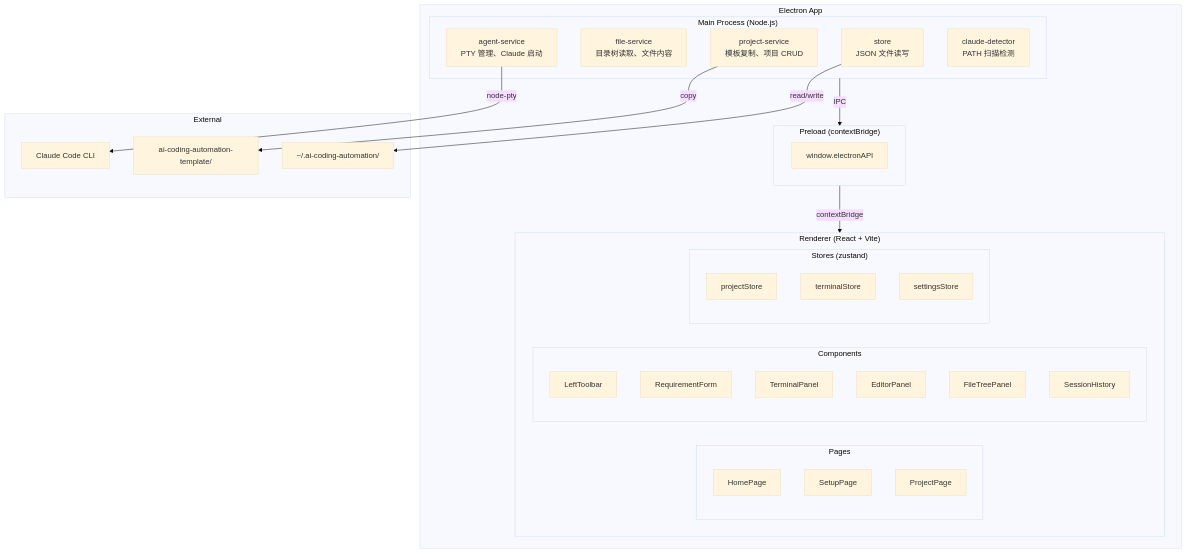
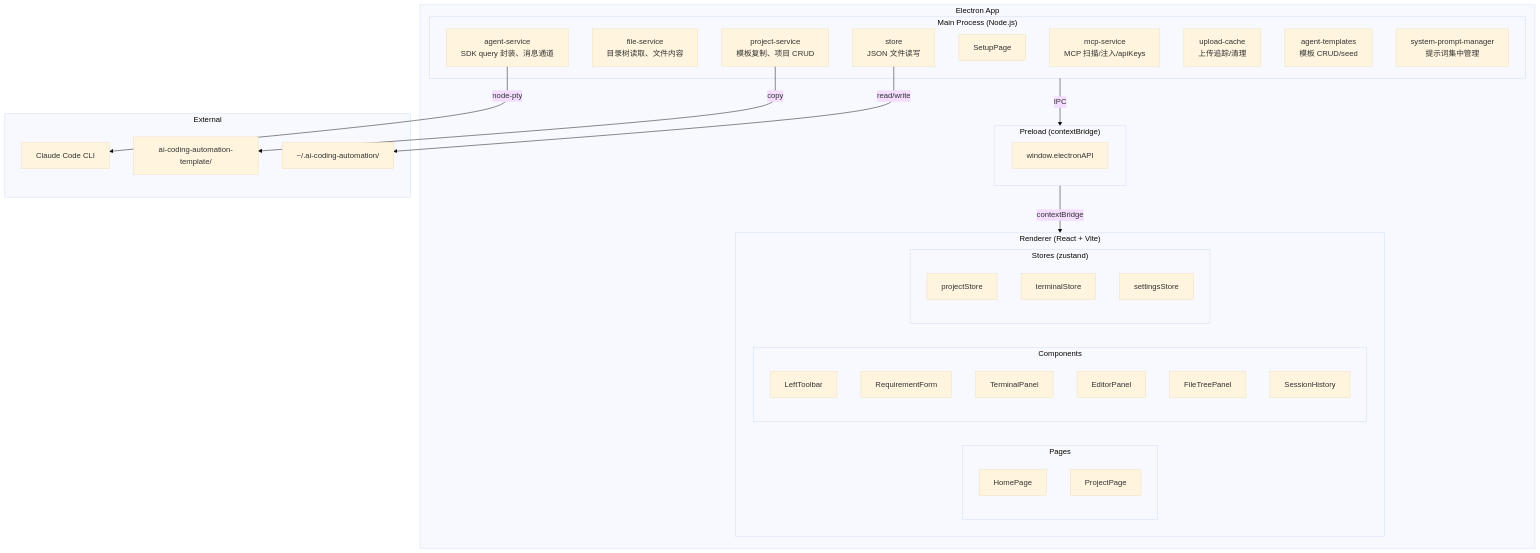
Before and after one commit to tianemon/EasyMint: the diagram in docs/ARCHITECTURE.md, drawn with Mermaid (base theme). The commit also changed 3 other files, not shown here.

First line of the commit message:
docs: 同步 2026-06-04 进展 — Skill/MCP/上传/进度面板/Monaco

````diff
--- a/docs/ARCHITECTURE.md
+++ b/docs/ARCHITECTURE.md
@@ -5,48 +5,52 @@
 ```mermaid
 graph TB
     subgraph Electron["Electron App"]
         subgraph Main["Main Process (Node.js)"]
             PS[project-service<br/>模板复制、项目 CRUD]
             FS[file-service<br/>目录树读取、文件内容]
-            AS[agent-service<br/>PTY 管理、Claude 启动]
+            AS[agent-service<br/>SDK query 封装、消息通道]
             ST[store<br/>JSON 文件读写]
-            CD[claude-detector<br/>PATH 扫描检测]
+            SP[skill-service<br/>Skill 扫描/导入/seed]
+            MC[mcp-service<br/>MCP 扫描/注入/apiKeys]
+            UC[upload-cache<br/>上传追踪/清理]
+            AT[agent-templates<br/>模板 CRUD/seed]
+            PM[system-prompt-manager<br/>提示词集中管理]
         end
 
         subgraph Preload["Preload (contextBridge)"]
             API[window.electronAPI]
         end
 
         subgraph Renderer["Renderer (React + Vite)"]
             subgraph Pages["Pages"]
                 HP[HomePage]
                 SP[SetupPage]
                 PP[ProjectPage]
             end
             subgraph Components["Components"]
                 LT[LeftToolbar]
                 RF[RequirementForm]
                 TP[TerminalPanel]
                 EP[EditorPanel]
                 FT[FileTreePanel]
                 SH[SessionHistory]
             end
             subgraph Stores["Stores (zustand)"]
                 PSt[projectStore]
                 TSt[terminalStore]
                 SSt[settingsStore]
             end
         end
     end
 
     subgraph External["External"]
         Claude[Claude Code CLI]
         Template[ai-coding-automation-template/]
         DataStore["~/.ai-coding-automation/"]
     end
 
     Main -->|IPC| Preload -->|contextBridge| Renderer
     AS -->|node-pty| Claude
     PS -->|copy| Template
     ST -->|read/write| DataStore
 ```
````
